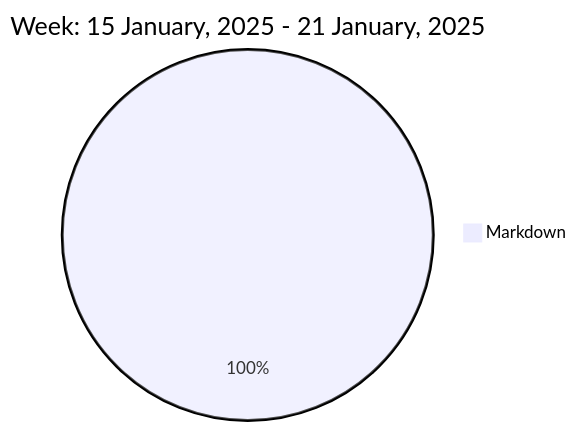
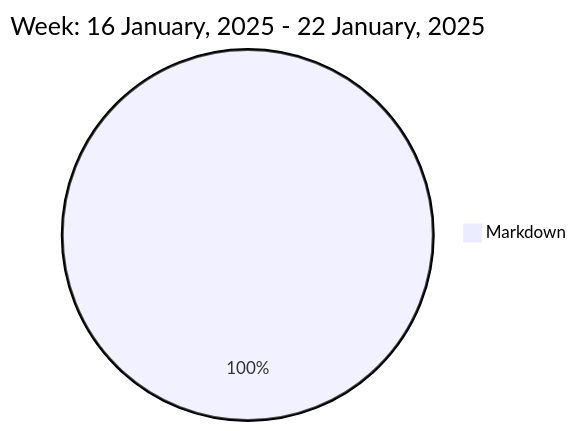
Before and after one commit to liubin95/liubin95: the diagram in README.md, drawn with Mermaid.

Commit message:
Updated the Graph with new Metrics

````diff
--- a/README.md
+++ b/README.md
@@ -37,5 +37,5 @@
 ```mermaid
  pie
-title Week: 15 January, 2025 - 21 January, 2025
- "Markdown" : 2.13
+title Week: 16 January, 2025 - 22 January, 2025
+ "Markdown" : 3.95
 ```
````
